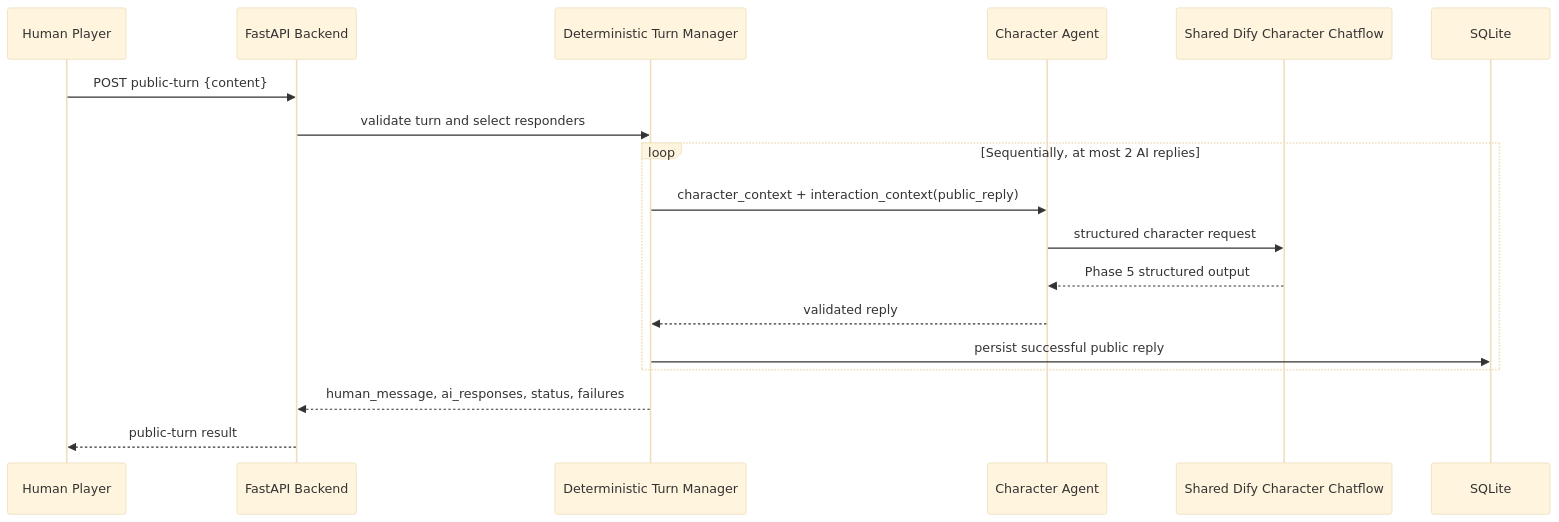
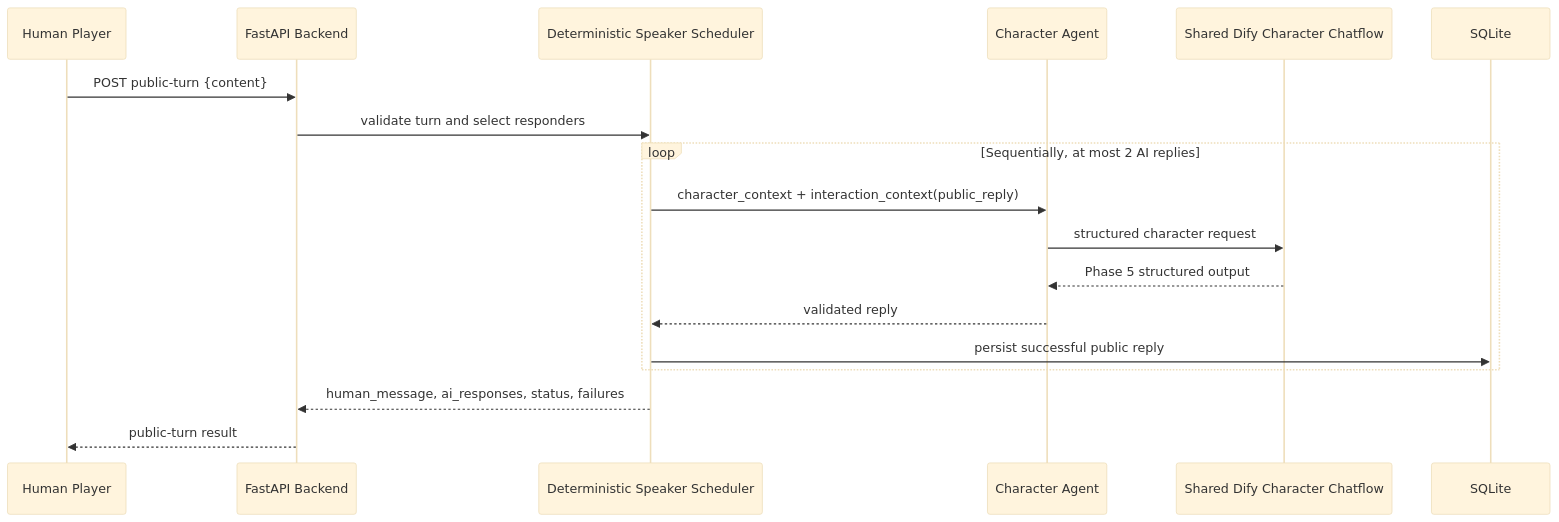
The second of 7 diagrams in dify-project/docs/architecture.md (leerenxunlll/ollama-project), drawn with Mermaid (base theme) before and after one commit. The commit also changed other lines of this file and 33 other files, not shown here.

````diff
--- a/dify-project/docs/architecture.md
+++ b/dify-project/docs/architecture.md
@@ -39,20 +52,20 @@
 ```mermaid
 sequenceDiagram
     participant Player as Human Player
     participant API as FastAPI Backend
-    participant Turn as Deterministic Turn Manager
+    participant Turn as Deterministic Speaker Scheduler
     participant Agent as Character Agent
     participant Dify as Shared Dify Character Chatflow
     participant DB as SQLite
     Player->>API: POST public-turn {content}
     API->>Turn: validate turn and select responders
     loop Sequentially, at most 2 AI replies
         Turn->>Agent: character_context + interaction_context(public_reply)
         Agent->>Dify: structured character request
         Dify-->>Agent: Phase 5 structured output
         Agent-->>Turn: validated reply
         Turn->>DB: persist successful public reply
     end
     Turn-->>API: human_message, ai_responses, status, failures
     API-->>Player: public-turn result
 ```
````
